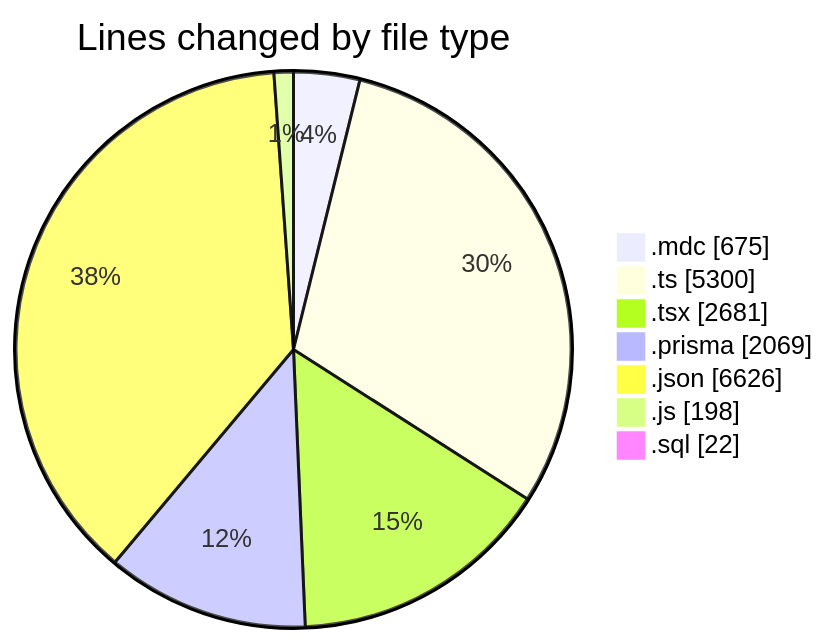
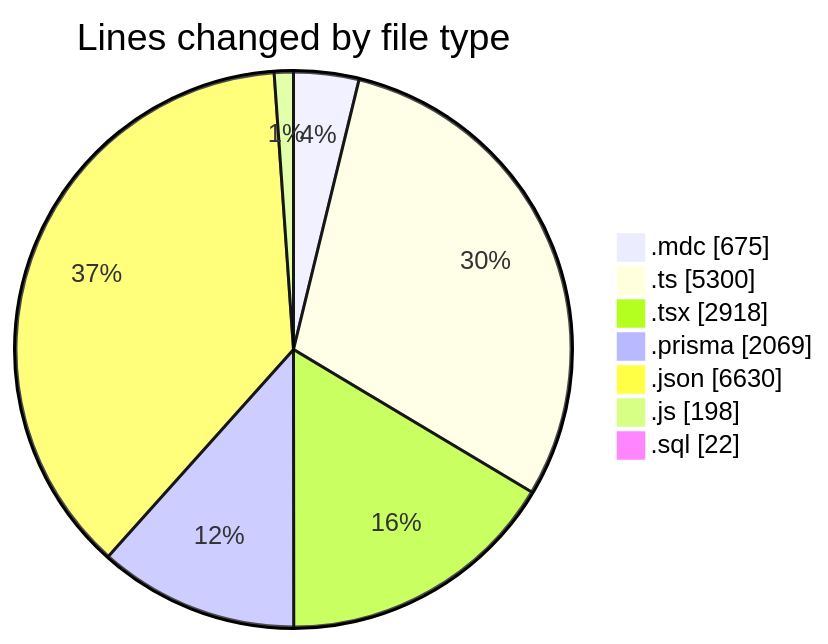
The first of 2 diagrams in 2025-06-05/ecodeli-1/README.md (CELIANVF/code-tracking), drawn with Mermaid before and after one commit. The commit also changed other lines of this file and 1 other file, not shown here.

````diff
--- a/2025-06-05/ecodeli-1/README.md
+++ b/2025-06-05/ecodeli-1/README.md
@@ -48,11 +50,11 @@
 ```mermaid
 pie showData
 title Lines changed by file type
 ".mdc" : 675
 ".ts" : 5300
-".tsx" : 2681
+".tsx" : 2918
 ".prisma" : 2069
-".json" : 6626
+".json" : 6630
 ".js" : 198
 ".sql" : 22
 ```
````
